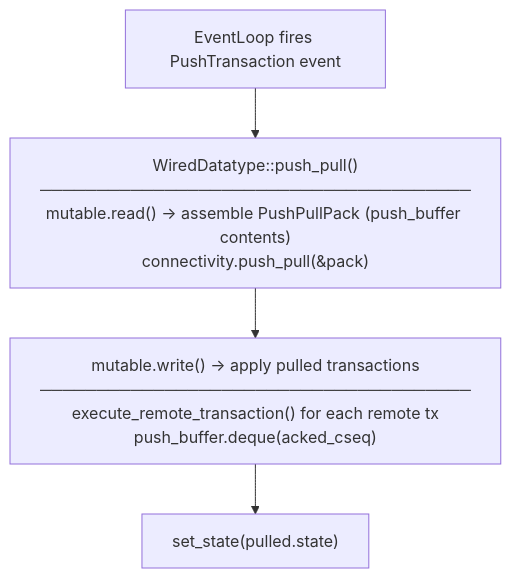
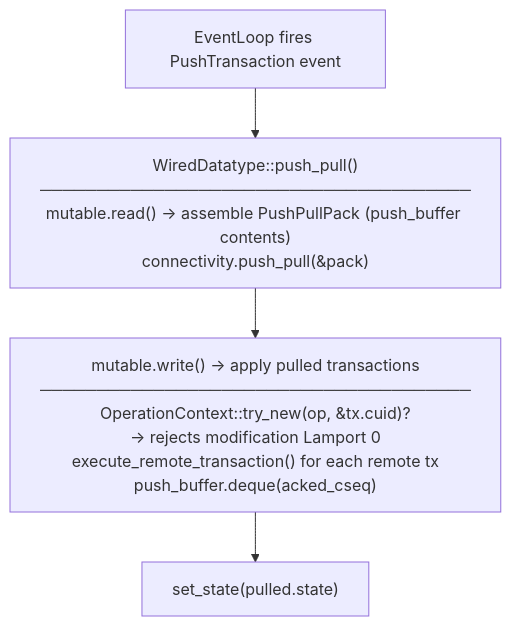
Before and after one commit to qortoo/qortoo-rs: the fourth of 4 diagrams in docs/architecture.md, drawn with Mermaid. The commit also changed other lines of this file and 44 other files, not shown here.

````diff
--- a/docs/architecture.md
+++ b/docs/architecture.md
@@ -83,9 +83,9 @@
 ```mermaid
 flowchart TD
     EL["EventLoop fires PushTransaction event"]
     PP["WiredDatatype::push_pull()\n──────────────────────────────────────\nmutable.read() → assemble PushPullPack (push_buffer contents)\nconnectivity.push_pull(&pack)"]
-    Apply["mutable.write() → apply pulled transactions\n──────────────────────────────────────\nexecute_remote_transaction() for each remote tx\npush_buffer.deque(acked_cseq)"]
+    Apply["mutable.write() → apply pulled transactions\n──────────────────────────────────────\nOperationContext::try_new(op, &tx.cuid)?\n→ rejects modification Lamport 0\nexecute_remote_transaction() for each remote tx\npush_buffer.deque(acked_cseq)"]
     State["set_state(pulled.state)"]
 
     EL --> PP --> Apply --> State
 ```
````
